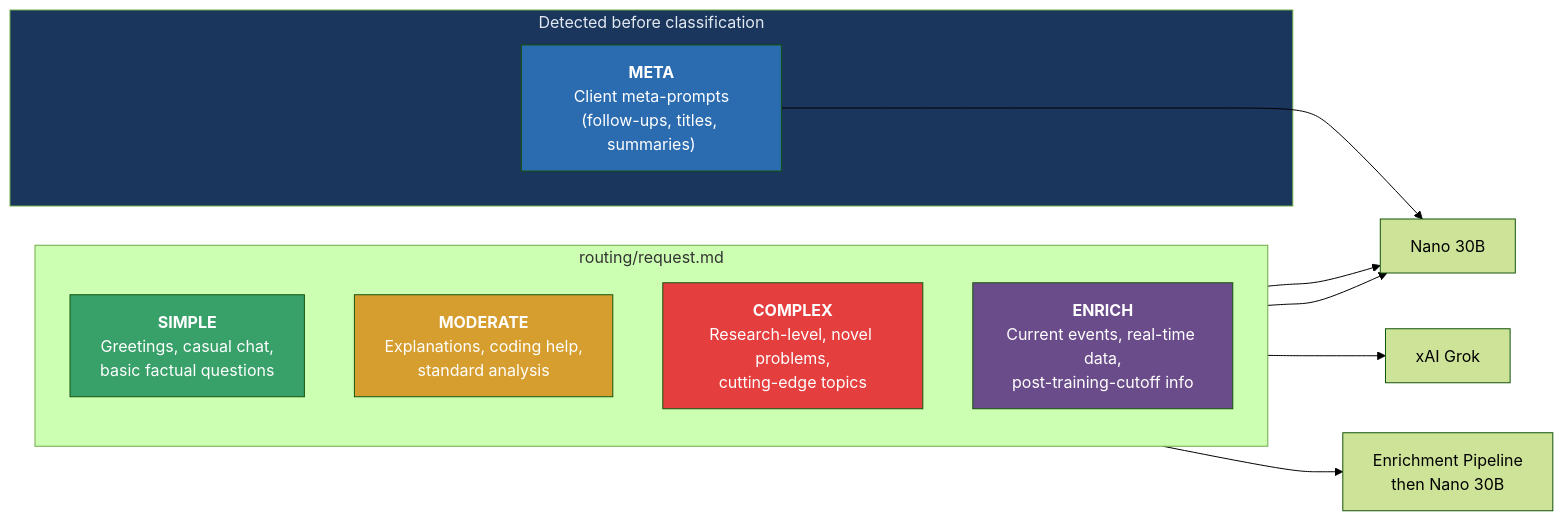
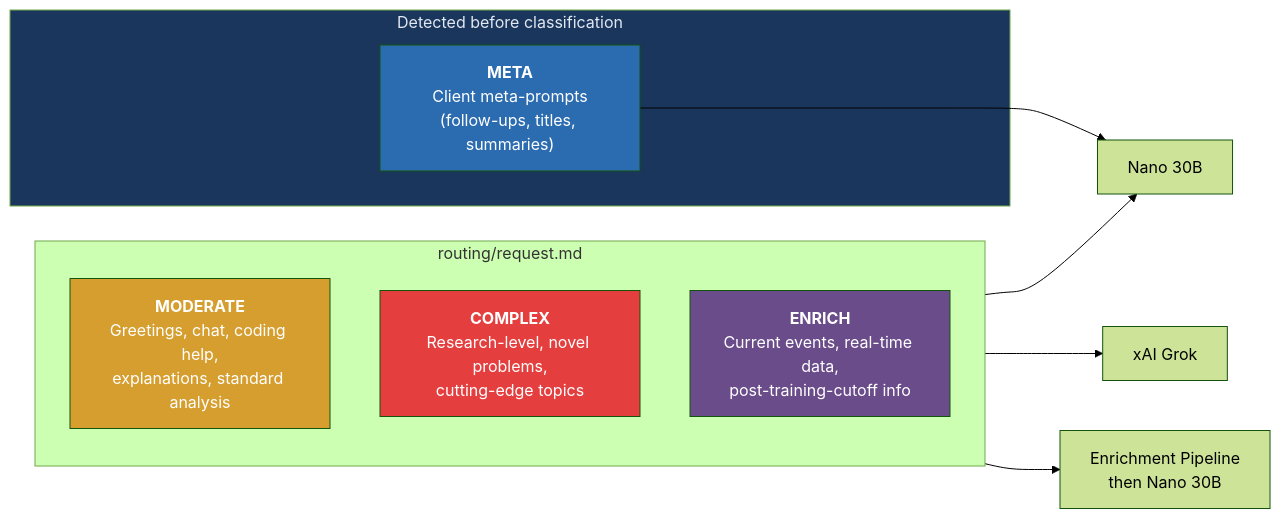
The third of 4 diagrams in docs/architecture.md (nominalgeek/ai-router), drawn with Mermaid (forest theme) before and after one commit. The commit also changed other lines of this file and 23 other files, not shown here.

````diff
--- a/docs/architecture.md
+++ b/docs/architecture.md
@@ -97,27 +95,24 @@
 ```mermaid
 flowchart LR
     subgraph Classification["routing/request.md"]
         direction TB
-        S["<b>SIMPLE</b><br/>Greetings, casual chat,<br/>basic factual questions"]
-        M["<b>MODERATE</b><br/>Explanations, coding help,<br/>standard analysis"]
+        M["<b>MODERATE</b><br/>Greetings, chat, coding help,<br/>explanations, standard analysis"]
         C["<b>COMPLEX</b><br/>Research-level, novel problems,<br/>cutting-edge topics"]
         E["<b>ENRICH</b><br/>Current events, real-time data,<br/>post-training-cutoff info"]
     end
 
     subgraph Heuristic["Detected before classification"]
         META["<b>META</b><br/>Client meta-prompts<br/>(follow-ups, titles, summaries)"]
     end
 
-    S --> Primary
     M --> Primary["Nano 30B"]
     C --> XAI["xAI Grok"]
     E --> Enrichment["Enrichment Pipeline<br/>then Nano 30B"]
     META --> Primary
 
-    style S fill:#38a169,color:#fff
     style M fill:#d69e2e,color:#fff
     style C fill:#e53e3e,color:#fff
     style E fill:#6b4c8a,color:#fff
     style META fill:#2b6cb0,color:#fff
     style Heuristic fill:#1a365d,color:#e2e8f0
 ```
````
